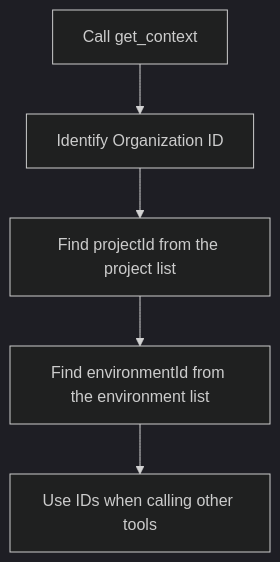
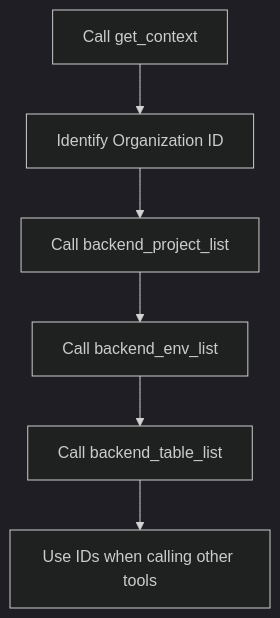
The diagram in en/mcp/02-context.md (popup-studio-ai/bkend-docs), drawn with Mermaid (dark theme) before and after one commit. The commit also changed other lines of this file and 424 other files, not shown here.

````diff
--- a/en/mcp/02-context.md
+++ b/en/mcp/02-context.md
@@ -54,7 +54,8 @@
 ```mermaid
 flowchart TD
     A[Call get_context] --> B[Identify Organization ID]
-    B --> C[Find projectId from the project list]
-    C --> D[Find environmentId from the environment list]
-    D --> E[Use IDs when calling other tools]
+    B --> C[Call backend_project_list]
+    C --> D[Call backend_env_list]
+    D --> E[Call backend_table_list]
+    E --> F[Use IDs when calling other tools]
 ```
````
